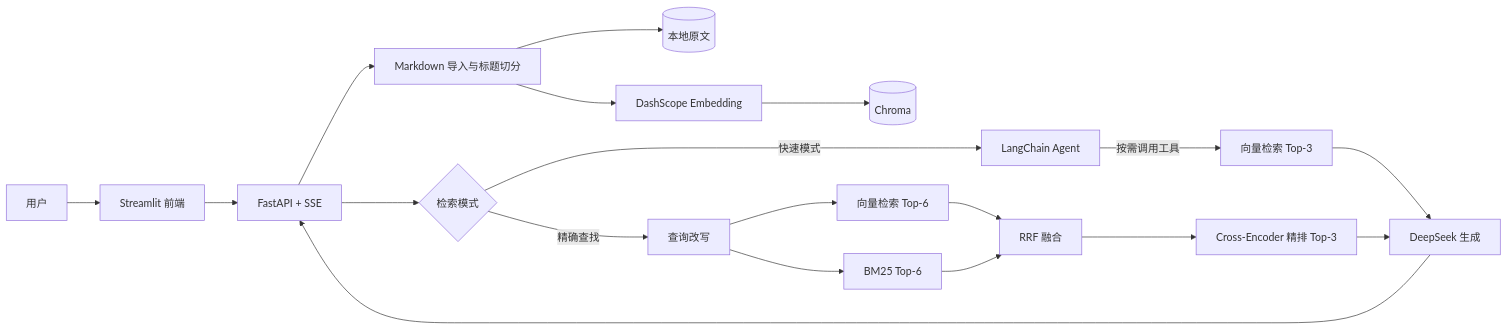
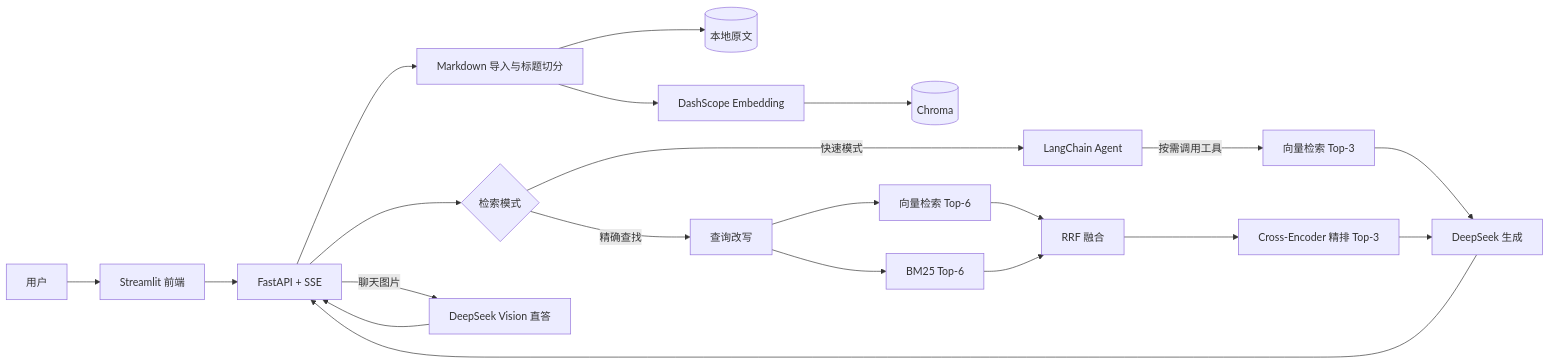
Before and after one commit to yuyuyuoo55/Personal_Notes_Review_Assistant: the first of 2 diagrams in README.md, drawn with Mermaid. The commit also changed other lines of this file and 21 other files, not shown here.

First line of the commit message:
﻿feat: BYOK + 聊天图片理解 + Markdown 图片 OSS 增强; 修复无效 Key 时导入提示不明确

````diff
--- a/README.md
+++ b/README.md
@@ -29,25 +31,27 @@
 ```mermaid
 flowchart LR
     U[用户] --> UI[Streamlit 前端]
     UI --> API[FastAPI + SSE]
 
     API --> INGEST[Markdown 导入与标题切分]
     INGEST --> FILES[(本地原文)]
     INGEST --> EMB[DashScope Embedding]
     EMB --> CHROMA[(Chroma)]
 
     API --> MODE{检索模式}
+    API -->|聊天图片| VISION[DeepSeek Vision 直答]
     MODE -->|快速模式| AGENT[LangChain Agent]
     AGENT -->|按需调用工具| VECTOR[向量检索 Top-3]
 
     MODE -->|精确查找| REWRITE[查询改写]
     REWRITE --> DENSE[向量检索 Top-6]
     REWRITE --> BM25[BM25 Top-6]
     DENSE --> RRF[RRF 融合]
     BM25 --> RRF
     RRF --> RERANK[Cross-Encoder 精排 Top-3]
 
     VECTOR --> LLM[DeepSeek 生成]
     RERANK --> LLM
+    VISION --> API
     LLM --> API
 ```
````
